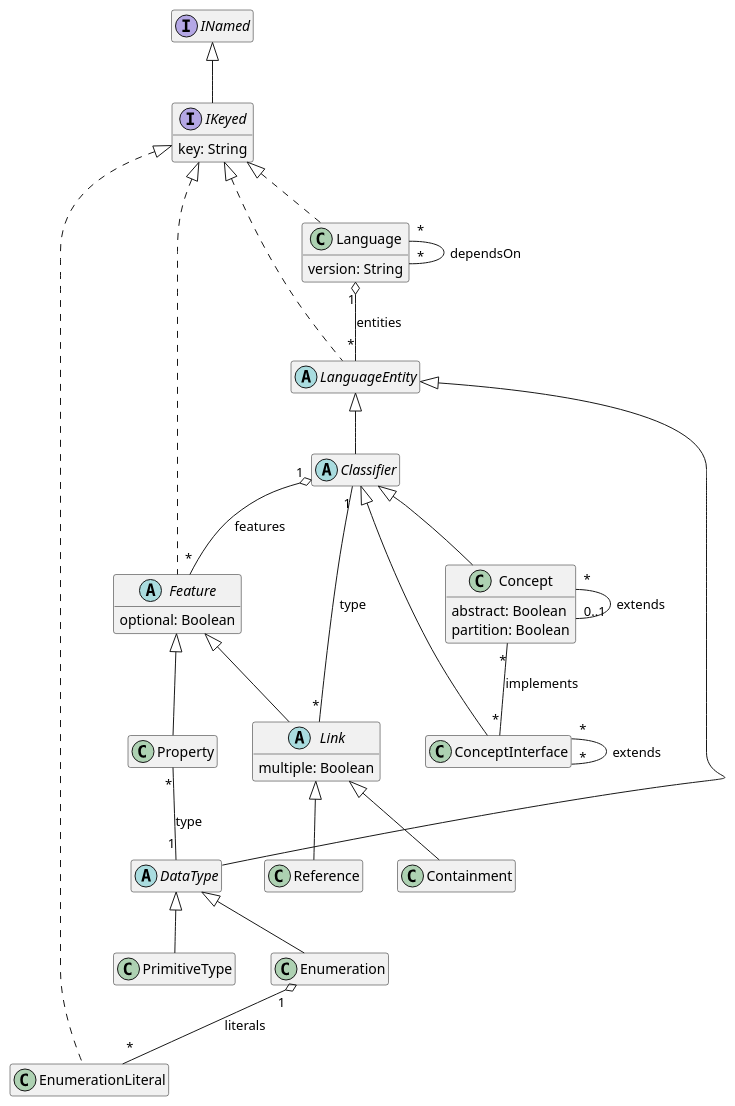
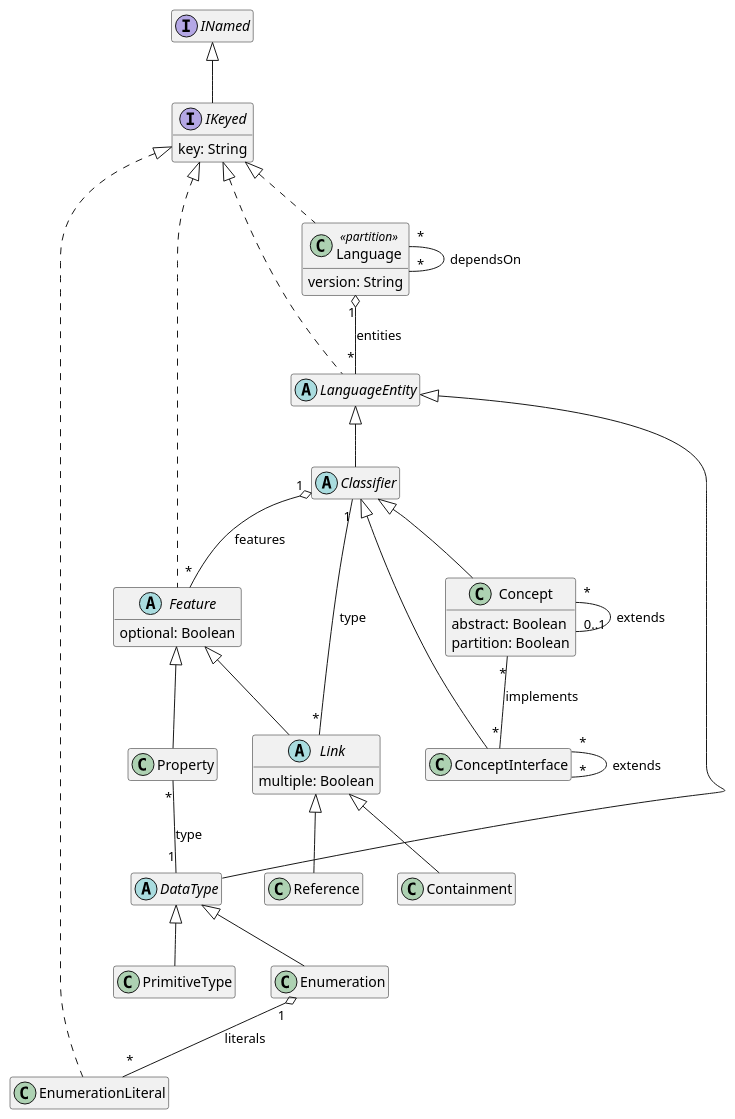
One commit to LionWeb-io/lionweb-typescript changed the diagram in diagrams/metametamodel-gen.puml. Above: the diagram before and after it, drawn with PlantUML. The commit also changed 3 other files, not shown here.

Commit message:
make <<partition>> end up in diagrams

```diff
--- a/diagrams/metametamodel-gen.puml
+++ b/diagrams/metametamodel-gen.puml
@@ -1,70 +1,70 @@
 @startuml
 hide empty members
 
 ' qualified name: "LIonCore.M3"
 
 
 abstract class Classifier extends LanguageEntity
 
 class Concept extends Classifier {
   abstract: Boolean
   partition: Boolean
 }
 
 class ConceptInterface extends Classifier
 
 class Containment extends Link
 
 abstract class DataType extends LanguageEntity
 
 class Enumeration extends DataType
 
 class EnumerationLiteral implements IKeyed
 
 abstract class Feature implements IKeyed {
   optional: Boolean
 }
 
 interface IKeyed extends INamed {
   key: String
 }
 
-class Language implements IKeyed {
+class Language <<partition>> implements IKeyed {
   version: String
 }
 
 abstract class LanguageEntity implements IKeyed
 
 abstract class Link extends Feature {
   multiple: Boolean
 }
 
 class PrimitiveType extends DataType
 
 class Property extends Feature
 
 class Reference extends Link
 
 
 
 ' relations:
 
 Classifier "1" o-- "*" Feature: features
 Concept "*" -- "0..1" Concept: extends
 Concept "*" -- "*" ConceptInterface: implements
 ConceptInterface "*" -- "*" ConceptInterface: extends
 
 
 Enumeration "1" o-- "*" EnumerationLiteral: literals
 
 
 
 Language "1" o-- "*" LanguageEntity: entities
 Language "*" -- "*" Language: dependsOn
 
 Link "*" -- "1" Classifier: type
 
 Property "*" -- "1" DataType: type
 
 
 @enduml
```
